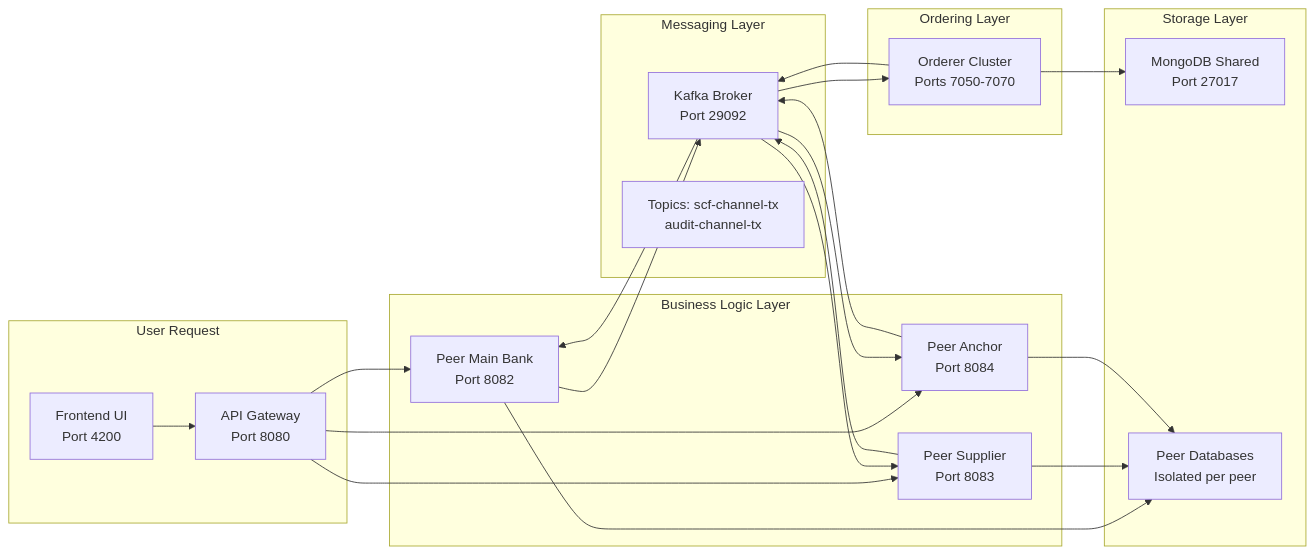
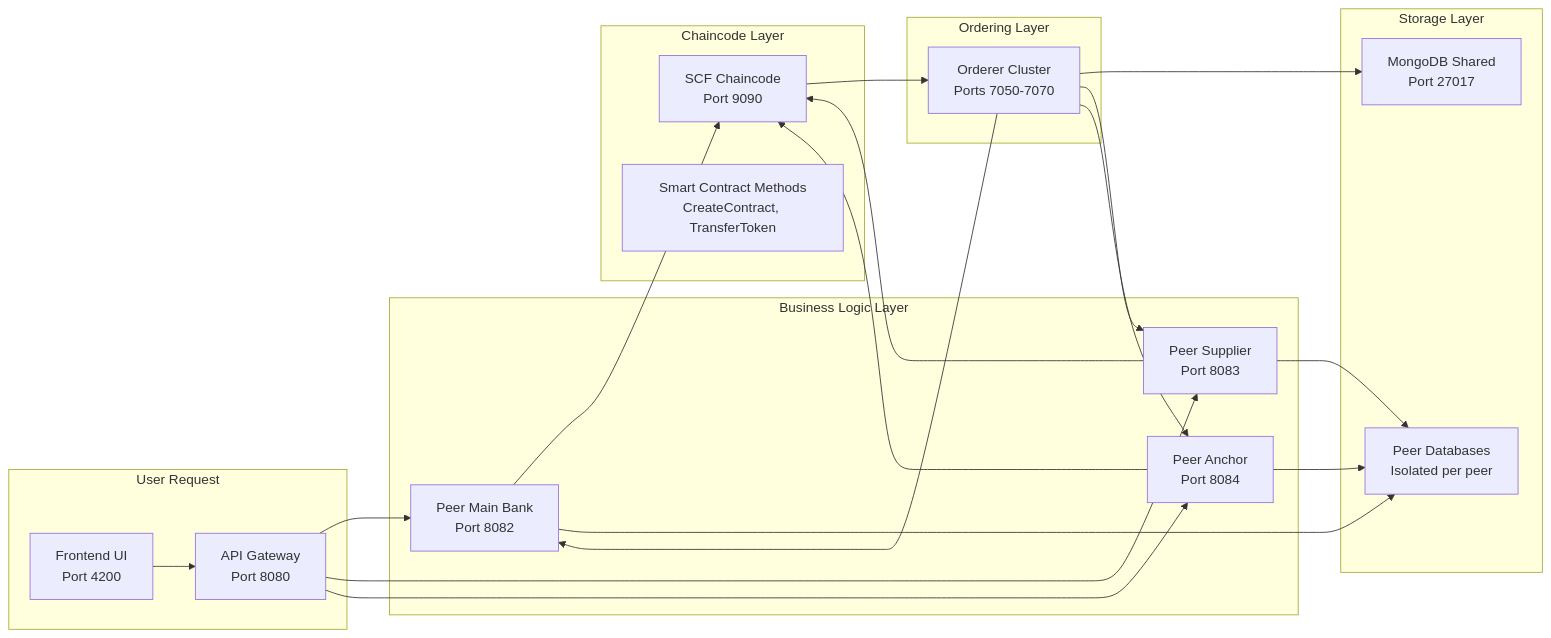
Before and after one commit to trunghc97/blockchain: the eighth of 8 diagrams in SYSTEM_DIAGRAM.md, drawn with Mermaid. The commit also changed other lines of this file and 5 other files, not shown here.

````diff
--- a/SYSTEM_DIAGRAM.md
+++ b/SYSTEM_DIAGRAM.md
@@ -1160,48 +1162,47 @@
 ```mermaid
 flowchart LR
     subgraph "User Request"
         UI[Frontend UI<br/>Port 4200]
         API[API Gateway<br/>Port 8080]
     end
 
     subgraph "Business Logic Layer"
         PEER1[Peer Main Bank<br/>Port 8082]
         PEER2[Peer Supplier<br/>Port 8083]
         PEER3[Peer Anchor<br/>Port 8084]
     end
 
-    subgraph "Messaging Layer"
-        KAFKA[Kafka Broker<br/>Port 29092]
-        TOPICS[Topics: scf-channel-tx<br/>audit-channel-tx]
+    subgraph "Chaincode Layer"
+        CHAINCODE[SCF Chaincode<br/>Port 9090]
+        METHODS[Smart Contract Methods<br/>CreateContract, TransferToken]
     end
 
     subgraph "Ordering Layer"
         ORDERER[Orderer Cluster<br/>Ports 7050-7070]
     end
 
     subgraph "Storage Layer"
         SHARED_DB[MongoDB Shared<br/>Port 27017]
         PEER_DB[Peer Databases<br/>Isolated per peer]
     end
 
     UI --> API
     API --> PEER1
     API --> PEER2
     API --> PEER3
 
-    PEER1 --> KAFKA
-    PEER2 --> KAFKA
-    PEER3 --> KAFKA
+    PEER1 --> CHAINCODE
+    PEER2 --> CHAINCODE
+    PEER3 --> CHAINCODE
 
-    KAFKA --> ORDERER
+    CHAINCODE --> ORDERER
     ORDERER --> SHARED_DB
 
-    ORDERER --> KAFKA
-    KAFKA --> PEER1
-    KAFKA --> PEER2
-    KAFKA --> PEER3
+    ORDERER --> PEER1
+    ORDERER --> PEER2
+    ORDERER --> PEER3
 
     PEER1 --> PEER_DB
     PEER2 --> PEER_DB
     PEER3 --> PEER_DB
 ```
````
